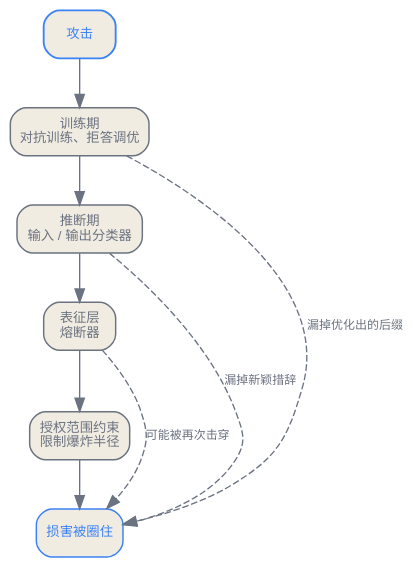
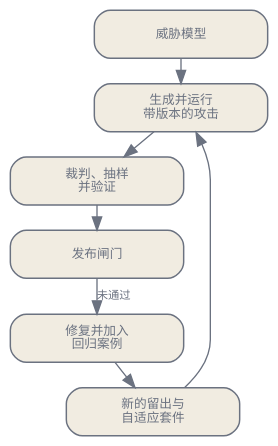
One commit to latere-ai/ai-as-an-infrastructure changed the second of 2 diagrams in zh/safety/05-adversarial-robustness.qmd. Above: the diagram before and after it, drawn with Graphviz. The commit also changed other lines of this file and 4 other files, not shown here.

````diff
--- a/zh/safety/05-adversarial-robustness.qmd
+++ b/zh/safety/05-adversarial-robustness.qmd
@@ -71,22 +137,22 @@
 ```{dot}
-//| label: fig-adv-defense-layers
-//| fig-cap: "针对越狱与注入的纵深防御。每一层抓住一个不同的家族，又漏掉另一些：训练期加固对优化出来的后缀泛化很差，分类器增加延迟又会漏掉新颖措辞，表征级防御可能被重新击穿，而只有授权范围约束能在上游各层都失守时限定损害。"
-digraph defenses {
+//| label: fig-adv-red-team-loop
+//| fig-cap: "红队计划把明确的威胁模型转化为带版本的证据、修复、回归案例和新的自适应评估。发布是在不确定性下作出的决定，不是永久鲁棒性的证书。"
+digraph {
+  bgcolor="transparent";
   rankdir=TB;
-  bgcolor="transparent";
-  node [shape=box, style="rounded,filled", fontname="Helvetica", fontsize=10, color="#6b7280", fontcolor="#6b7280", fillcolor="#f1ece1", penwidth=1.1];
-  edge [color="#6b7280", fontcolor="#6b7280", fontsize=9];
+  nodesep=0.18; ranksep=0.25;
+  node [shape=box, style="rounded,filled", fontname="PingFang SC", fontsize=9.5, width=1.8, color="#6b7280", fontcolor="#6b7280", fillcolor="#f1ece1", penwidth=1.1];
+  edge [fontsize=8.5, fontname="PingFang SC", color="#6b7280", fontcolor="#6b7280"];
 
-  atk [label="攻击", color="#3b82f6", fontcolor="#3b82f6", penwidth=1.4];
-  adv [label="训练期\n对抗训练、拒答调优"];
-  cls [label="推断期\n输入 / 输出分类器"];
-  rep [label="表征层\n熔断器"];
-  aut [label="授权范围约束\n限制爆炸半径"];
-  safe [label="损害被圈住", color="#3b82f6", fontcolor="#3b82f6"];
+  threat [label="威胁模型"];
+  attack [label="生成并运行\n带版本的攻击"];
+  judge [label="裁判、抽样\n并验证"];
+  decide [label="发布闸门"];
+  fix [label="修复并加入\n回归案例"];
+  fresh [label="新的留出与\n自适应套件"];
 
-  atk -> adv -> cls -> rep -> aut -> safe;
-  adv -> safe [label="漏掉优化出的后缀", style=dashed, constraint=false];
-  cls -> safe [label="漏掉新颖措辞", style=dashed, constraint=false];
-  rep -> safe [label="可能被再次击穿", style=dashed, constraint=false];
+  threat -> attack -> judge -> decide;
+  decide -> fix [label="未通过"];
+  fix -> fresh -> attack;
 }
 ```
````
